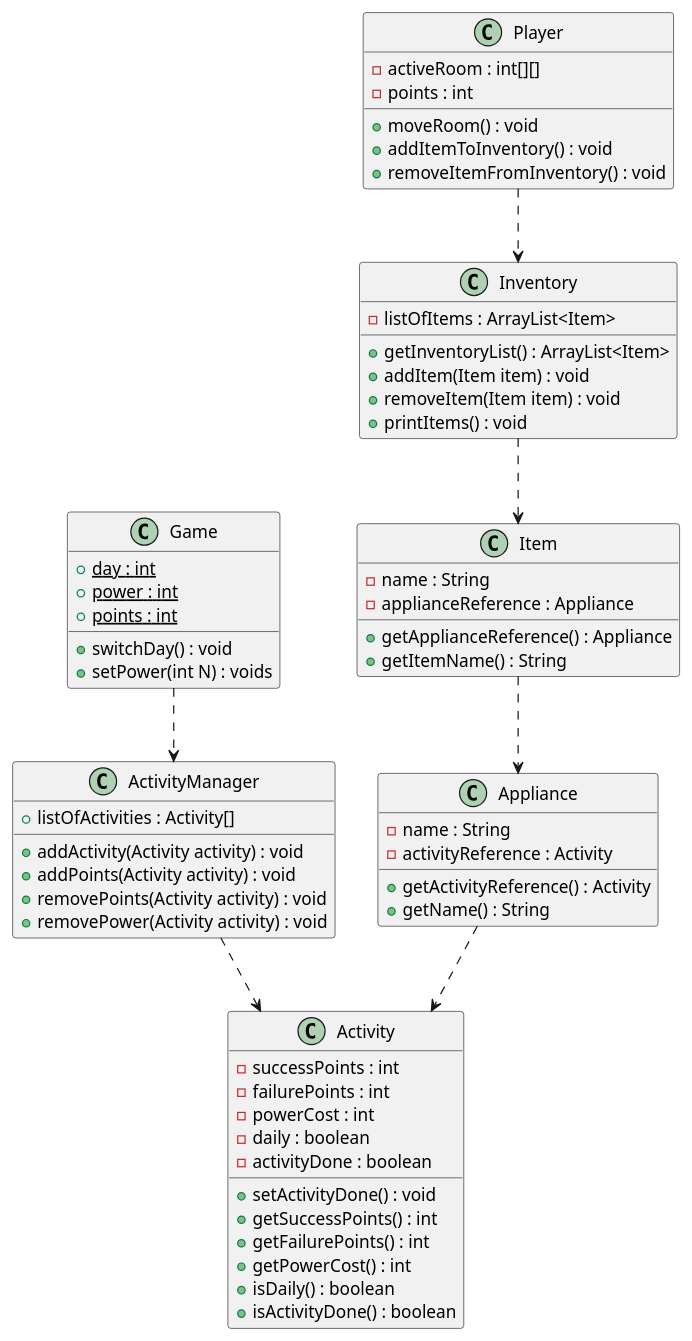
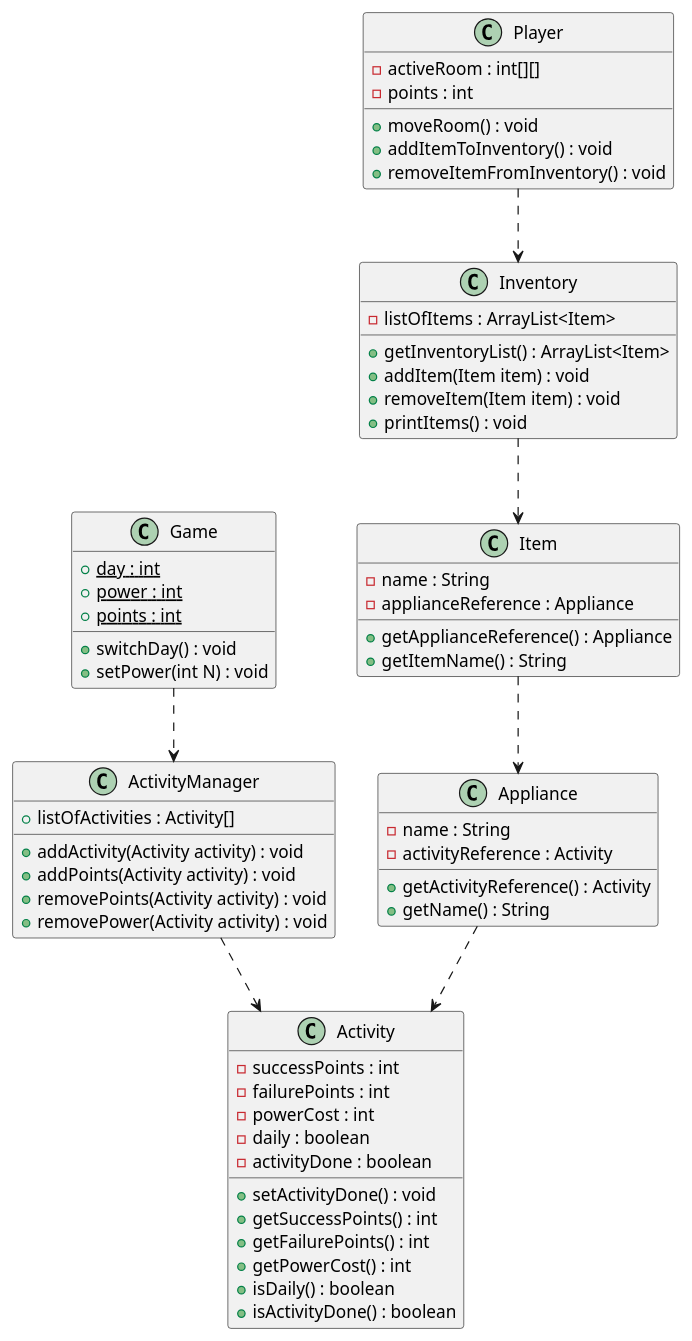
Before and after one commit to midnightrocket-archive/SemesterProject1: the diagram in PUML/PUMLdiagram.puml, drawn with PlantUML. The commit also changed 3 other files, not shown here.

```diff
--- a/PUML/PUMLdiagram.puml
+++ b/PUML/PUMLdiagram.puml
@@ -1,77 +1,77 @@
 @startuml Diagram
 
 class Game {
 	+ {static} day : int
 	+ {static} power : int
 	+ {static} points : int
 	+ switchDay() : void
-	+ setPower(int N) : voids
+	+ setPower(int N) : void
 }
 
 
 class Player {
 	- activeRoom : int[][]
 	- points : int
 	+ moveRoom() : void
 	+ addItemToInventory() : void
 	+ removeItemFromInventory() : void
 }
 
 
 class Inventory {
 	- listOfItems : ArrayList<Item>
 	+ getInventoryList() : ArrayList<Item>
 	+ addItem(Item item) : void
 	+ removeItem(Item item) : void
 	+ printItems() : void
 }
 
 
 class Item {
 	- name : String
 	- applianceReference : Appliance
 	+ getApplianceReference() : Appliance
 	+ getItemName() : String
 }
 
 
 class Appliance {
 	- name : String
 	- activityReference : Activity
 	+ getActivityReference() : Activity
 	+ getName() : String
 }
 
 
 class ActivityManager {
 	+ listOfActivities : Activity[]
 	+ addActivity(Activity activity) : void
 	+ addPoints(Activity activity) : void
 	+ removePoints(Activity activity) : void
 	+ removePower(Activity activity) : void
 }
 
 
 class Activity {
 	- successPoints : int
 	- failurePoints : int
 	- powerCost : int
 	- daily : boolean
 	- activityDone : boolean
 	+ setActivityDone() : void
 	+ getSuccessPoints() : int
 	+ getFailurePoints() : int
 	+ getPowerCost() : int
 	+ isDaily() : boolean
 	+ isActivityDone() : boolean
 }
 
 
 Game ..> ActivityManager
 Player ..> Inventory
 Inventory ..> Item
 Item ..> Appliance
 Appliance ..> Activity
 ActivityManager ..> Activity
 
 @enduml
```
